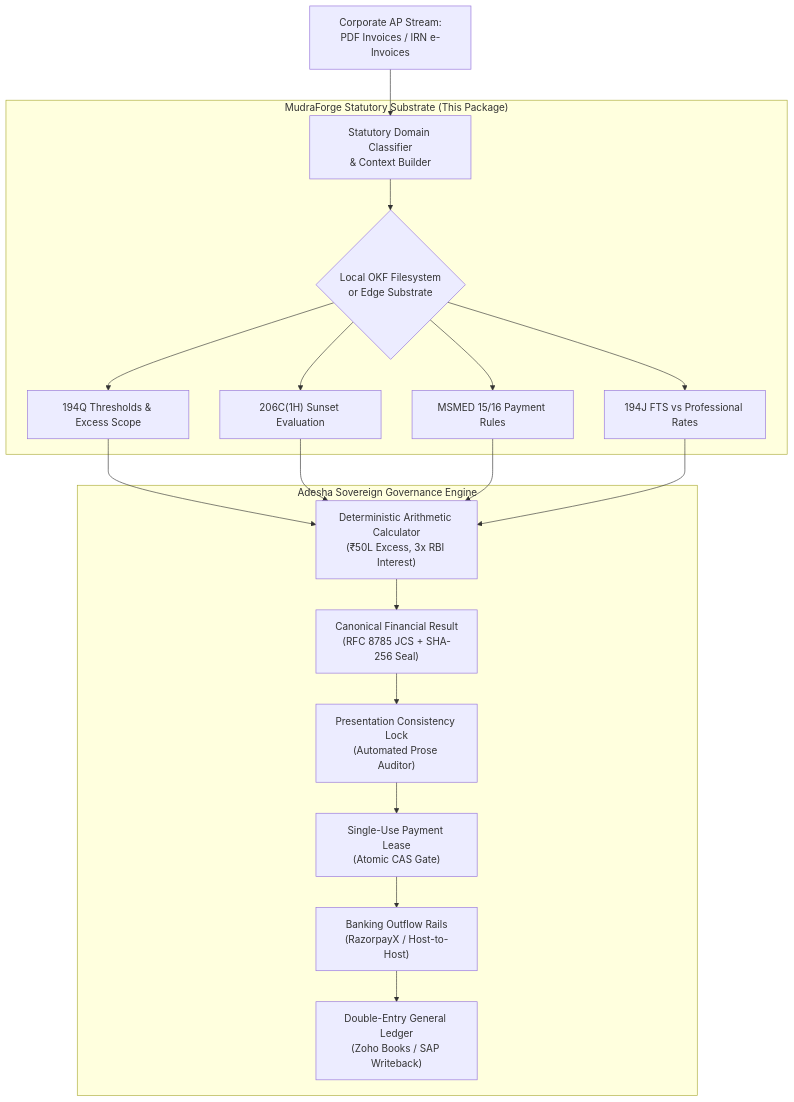
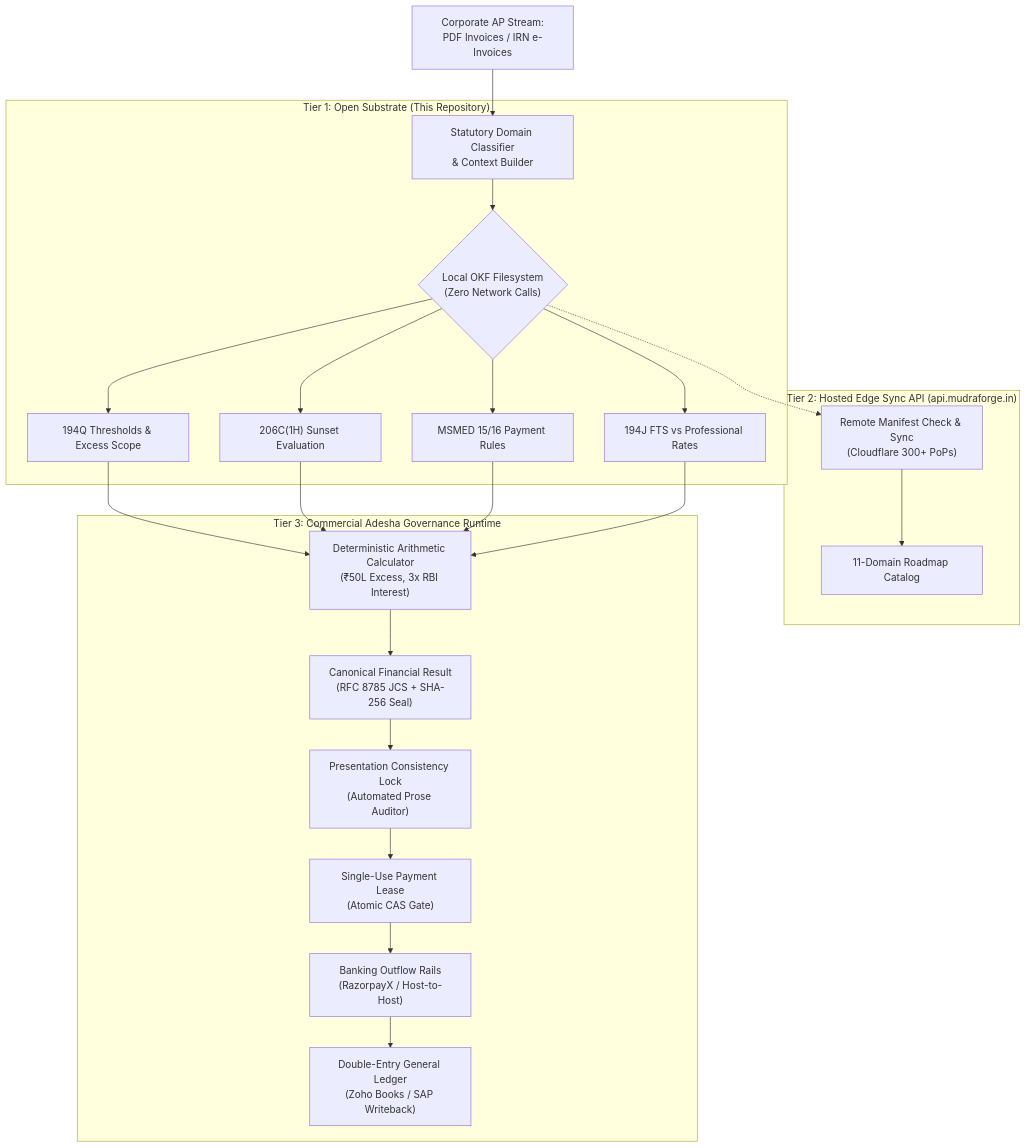
Before and after one commit to mondeep0123/mudraforge-statutory: the diagram in ARCHITECTURE.md, drawn with Mermaid. The commit also changed other lines of this file and 2 other files, not shown here.

Commit message:
docs: delineate OKF companion model, 3-tier boundary, and local verification steps

````diff
--- a/ARCHITECTURE.md
+++ b/ARCHITECTURE.md
@@ -189,21 +189,26 @@
 ```mermaid
 flowchart TD
     AP["Corporate AP Stream:<br/>PDF Invoices / IRN e-Invoices"] --> Triage["Statutory Domain Classifier<br/>& Context Builder"]
     
-    subgraph OKFSubstrate["MudraForge Statutory Substrate (This Package)"]
-        Triage --> Substrate{"Local OKF Filesystem<br/>or Edge Substrate"}
+    subgraph Tier1["Tier 1: Open Substrate (This Repository)"]
+        Triage --> Substrate{"Local OKF Filesystem<br/>(Zero Network Calls)"}
         Substrate --> S1["194Q Thresholds & Excess Scope"]
         Substrate --> S2["206C(1H) Sunset Evaluation"]
         Substrate --> S3["MSMED 15/16 Payment Rules"]
         Substrate --> S4["194J FTS vs Professional Rates"]
     end
 
-    subgraph AdeshaEngine["Adesha Sovereign Governance Engine"]
+    subgraph Tier2["Tier 2: Hosted Edge Sync API (api.mudraforge.in)"]
+        Substrate -.-> EdgeSync["Remote Manifest Check & Sync<br/>(Cloudflare 300+ PoPs)"]
+        EdgeSync --> RemoteCatalog["11-Domain Roadmap Catalog"]
+    end
+
+    subgraph Tier3["Tier 3: Commercial Adesha Governance Runtime"]
         S1 & S2 & S3 & S4 --> CalcEngine["Deterministic Arithmetic Calculator<br/>(₹50L Excess, 3x RBI Interest)"]
         CalcEngine --> CanonResult["Canonical Financial Result<br/>(RFC 8785 JCS + SHA-256 Seal)"]
         CanonResult --> PresLock["Presentation Consistency Lock<br/>(Automated Prose Auditor)"]
         PresLock --> Lease["Single-Use Payment Lease<br/>(Atomic CAS Gate)"]
         Lease --> Bank["Banking Outflow Rails<br/>(RazorpayX / Host-to-Host)"]
         Bank --> GL["Double-Entry General Ledger<br/>(Zoho Books / SAP Writeback)"]
     end
 ```
````
